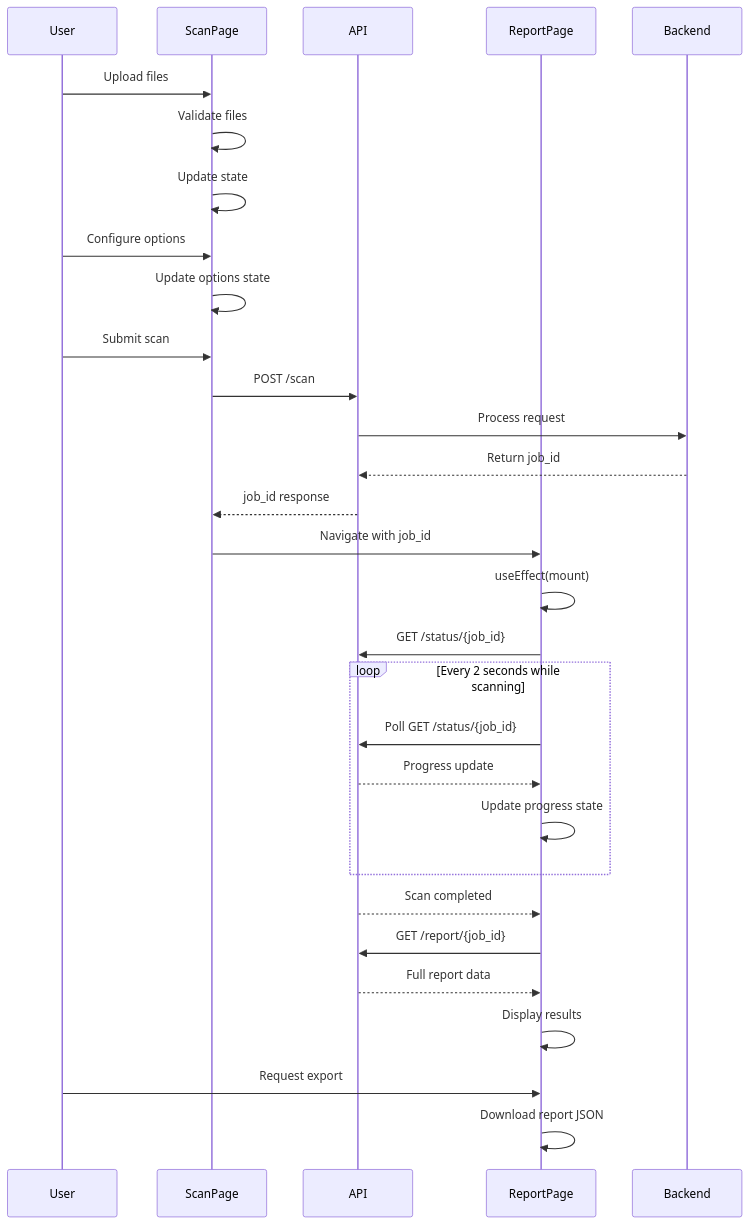
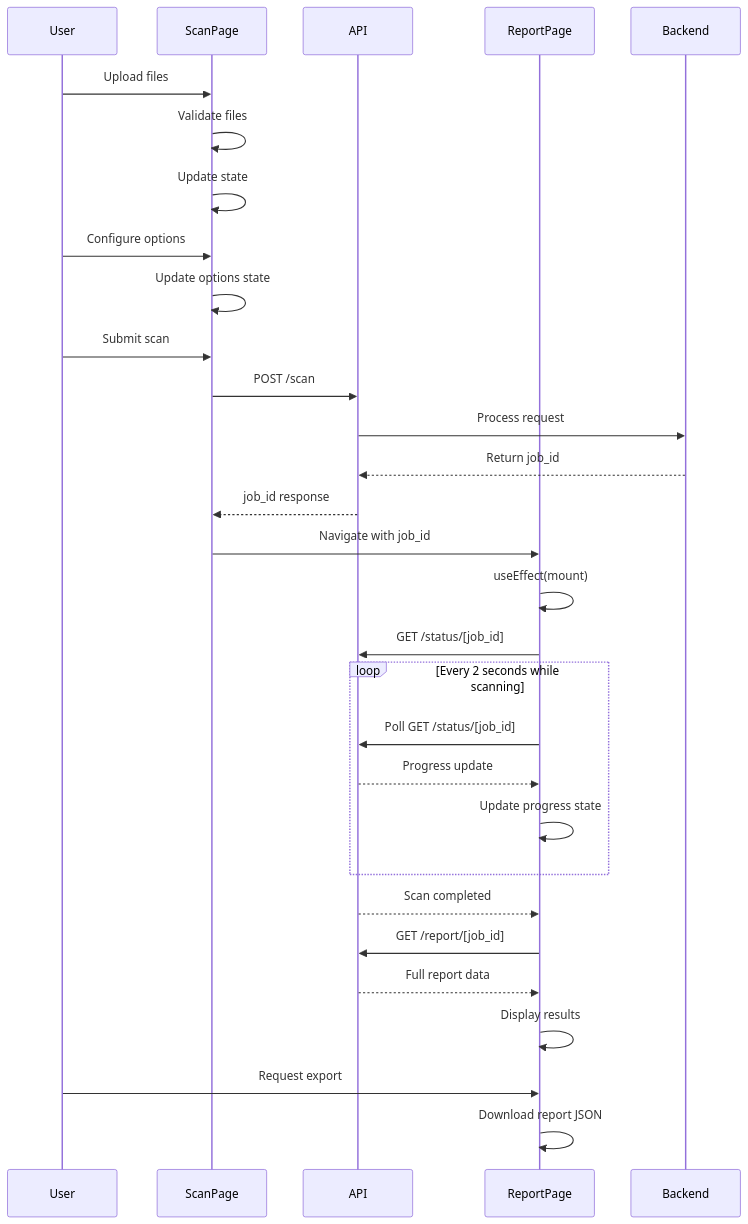
The eighth of 10 diagrams in documentation/architecture/frontend-architecture.md (therickybobbeh/dep-scanner), drawn with Mermaid before and after one commit. The commit also changed other lines of this file and 14 other files, not shown here.

````diff
--- a/documentation/architecture/frontend-architecture.md
+++ b/documentation/architecture/frontend-architecture.md
@@ -422,39 +414,39 @@
 ```mermaid
 sequenceDiagram
     participant User
     participant ScanPage
     participant API
     participant ReportPage
     participant Backend
     
     User->>ScanPage: Upload files
     ScanPage->>ScanPage: Validate files
     ScanPage->>ScanPage: Update state
     
     User->>ScanPage: Configure options
     ScanPage->>ScanPage: Update options state
     
     User->>ScanPage: Submit scan
     ScanPage->>API: POST /scan
     API->>Backend: Process request
     Backend-->>API: Return job_id
     API-->>ScanPage: job_id response
     ScanPage->>ReportPage: Navigate with job_id
     
     ReportPage->>ReportPage: useEffect(mount)
-    ReportPage->>API: GET /status/{job_id}
+    ReportPage->>API: GET /status/[job_id]
     
     loop Every 2 seconds while scanning
-        ReportPage->>API: Poll GET /status/{job_id}
+        ReportPage->>API: Poll GET /status/[job_id]
         API-->>ReportPage: Progress update
         ReportPage->>ReportPage: Update progress state
     end
     
     API-->>ReportPage: Scan completed
-    ReportPage->>API: GET /report/{job_id}
+    ReportPage->>API: GET /report/[job_id]
     API-->>ReportPage: Full report data
     ReportPage->>ReportPage: Display results
     
     User->>ReportPage: Request export
     ReportPage->>ReportPage: Download report JSON
 ```
````
